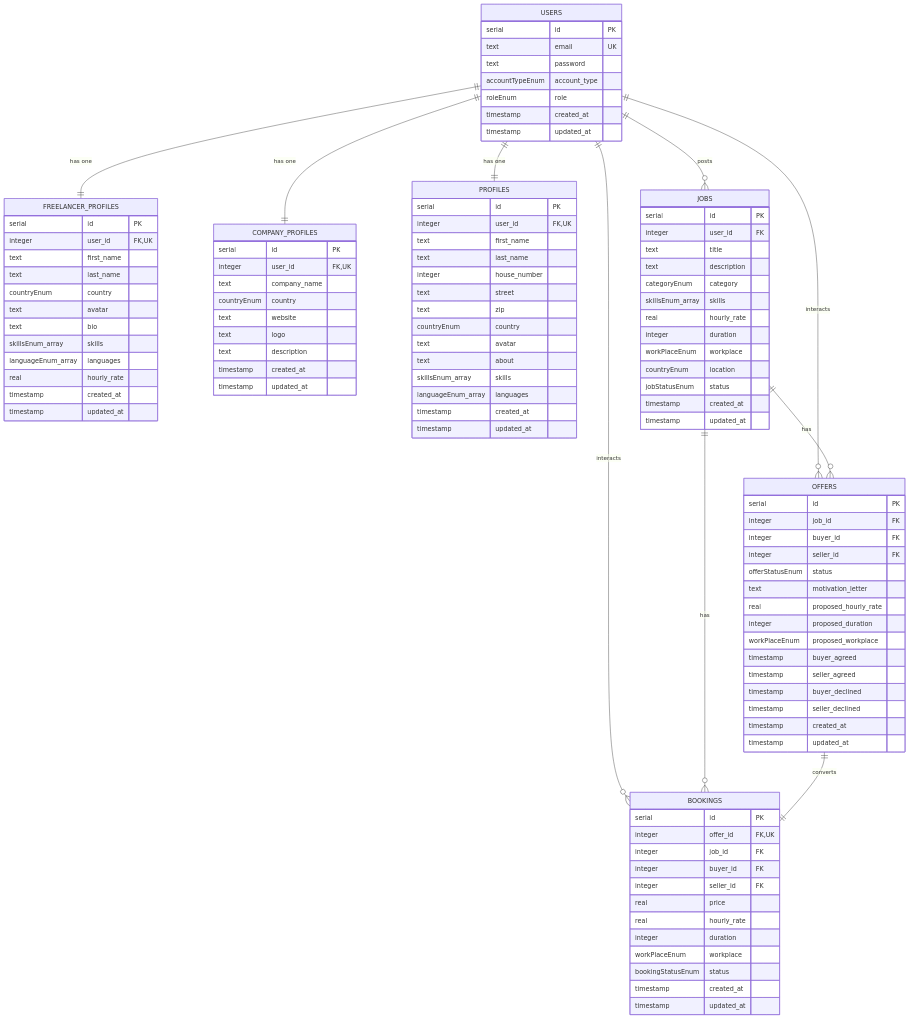
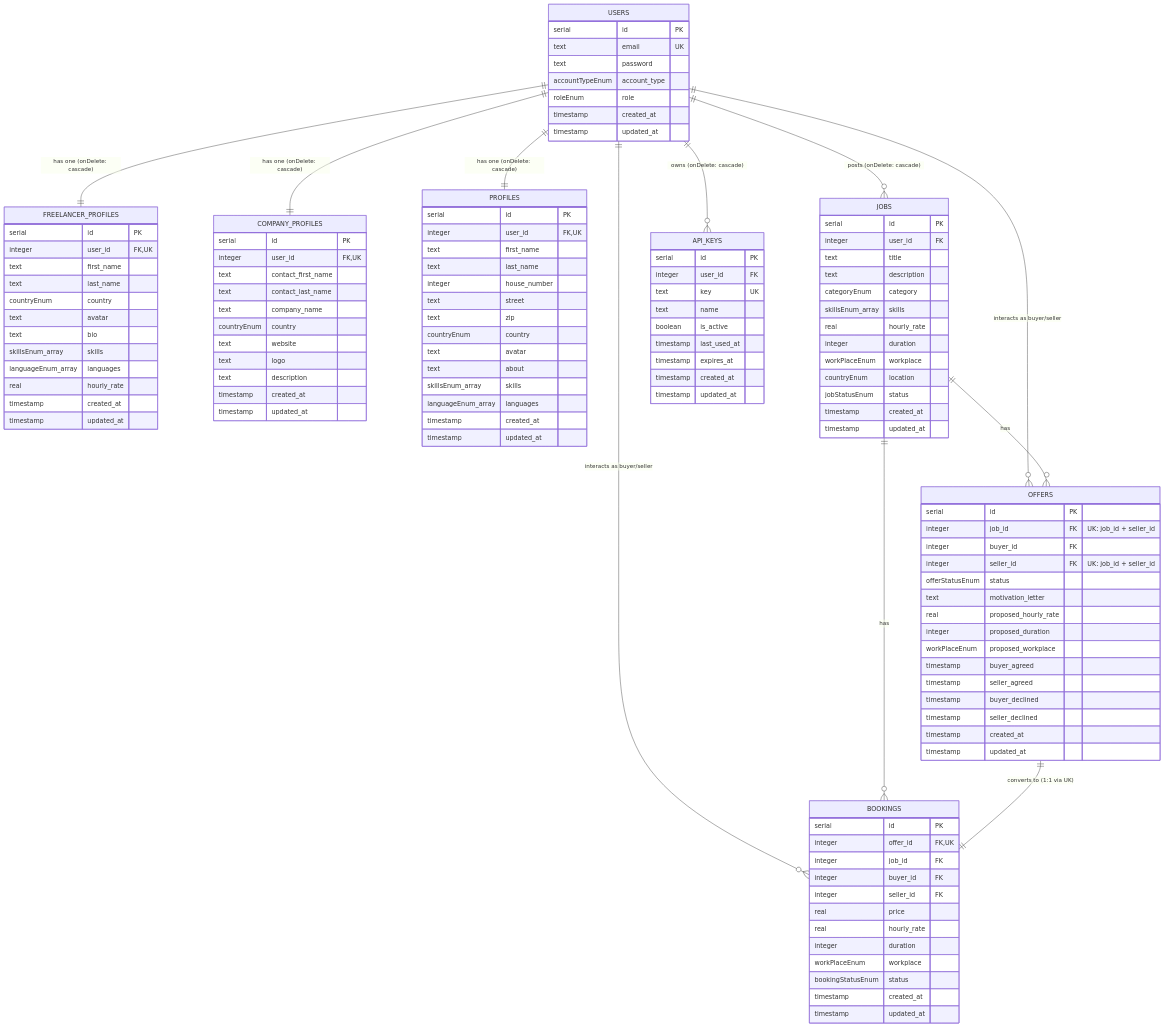
One commit to iboukhss/ft-transcendence changed the diagram in server/database/entity-relationships.md. Above: the diagram before and after it, drawn with Mermaid.

Commit message:
docs: update ER diagram based on latest DB schema

````diff
--- a/server/database/entity-relationships.md
+++ b/server/database/entity-relationships.md
@@ -28,6 +28,8 @@
     COMPANY_PROFILES {
         serial id PK
         integer user_id FK, UK
+        text contact_first_name
+        text contact_last_name
         text company_name
         countryEnum country
         text website
@@ -72,9 +74,9 @@
 
     OFFERS {
         serial id PK
-        integer job_id FK
+        integer job_id FK "UK: job_id + seller_id"
         integer buyer_id FK
-        integer seller_id FK
+        integer seller_id FK "UK: job_id + seller_id"
         offerStatusEnum status
         text motivation_letter
         real proposed_hourly_rate
@@ -103,13 +105,26 @@
         timestamp updated_at
     }
 
-    USERS ||--|| FREELANCER_PROFILES : "has one"
-    USERS ||--|| COMPANY_PROFILES : "has one"
-    USERS ||--|| PROFILES : "has one"
-    USERS ||--o{ JOBS : "posts"
-    USERS ||--o{ OFFERS : "interacts"
-    USERS ||--o{ BOOKINGS : "interacts"
+    API_KEYS {
+        serial id PK
+        integer user_id FK
+        text key UK
+        text name
+        boolean is_active
+        timestamp last_used_at
+        timestamp expires_at
+        timestamp created_at
+        timestamp updated_at
+    }
+
+    USERS ||--|| FREELANCER_PROFILES : "has one (onDelete: cascade)"
+    USERS ||--|| COMPANY_PROFILES : "has one (onDelete: cascade)"
+    USERS ||--|| PROFILES : "has one (onDelete: cascade)"
+    USERS ||--o{ JOBS : "posts (onDelete: cascade)"
+    USERS ||--o{ OFFERS : "interacts as buyer/seller"
+    USERS ||--o{ BOOKINGS : "interacts as buyer/seller"
+    USERS ||--o{ API_KEYS : "owns (onDelete: cascade)"
     JOBS ||--o{ OFFERS : "has"
     JOBS ||--o{ BOOKINGS : "has"
-    OFFERS ||--|| BOOKINGS : "converts"
+    OFFERS ||--|| BOOKINGS : "converts to (1:1 via UK)"
 ```
````
